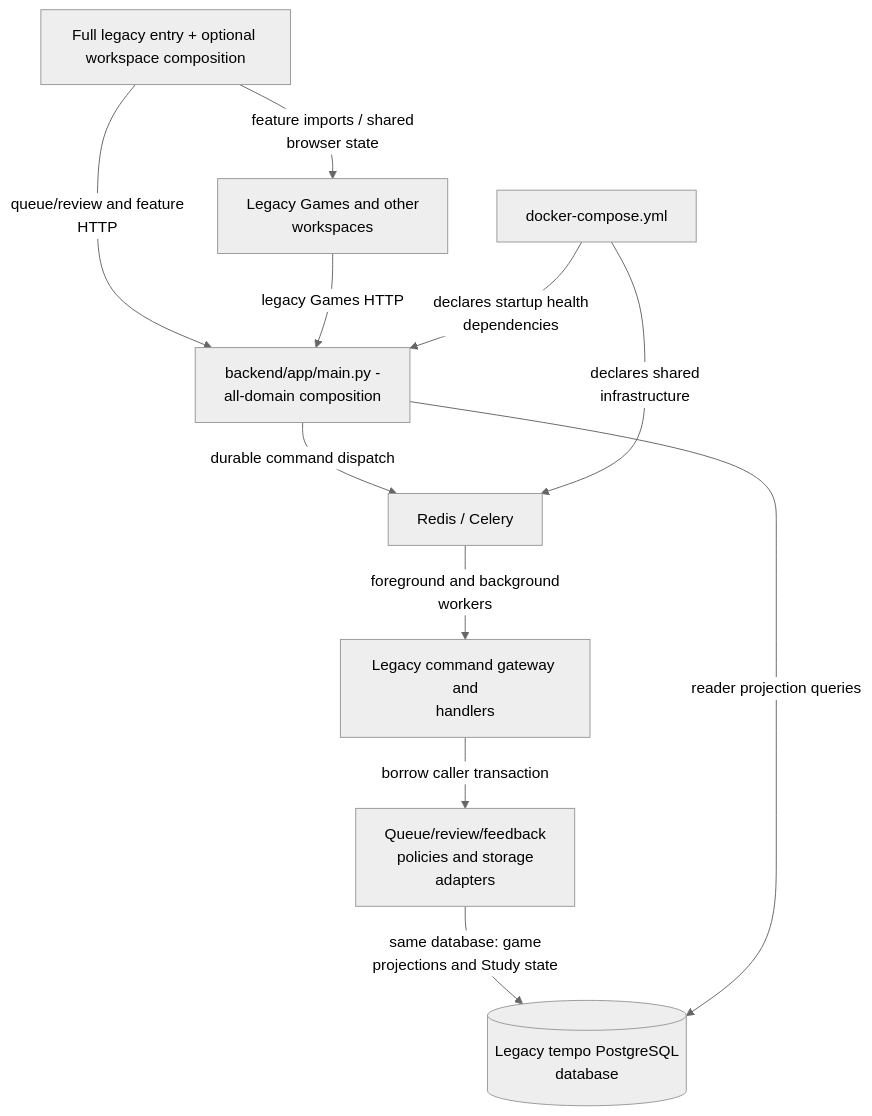
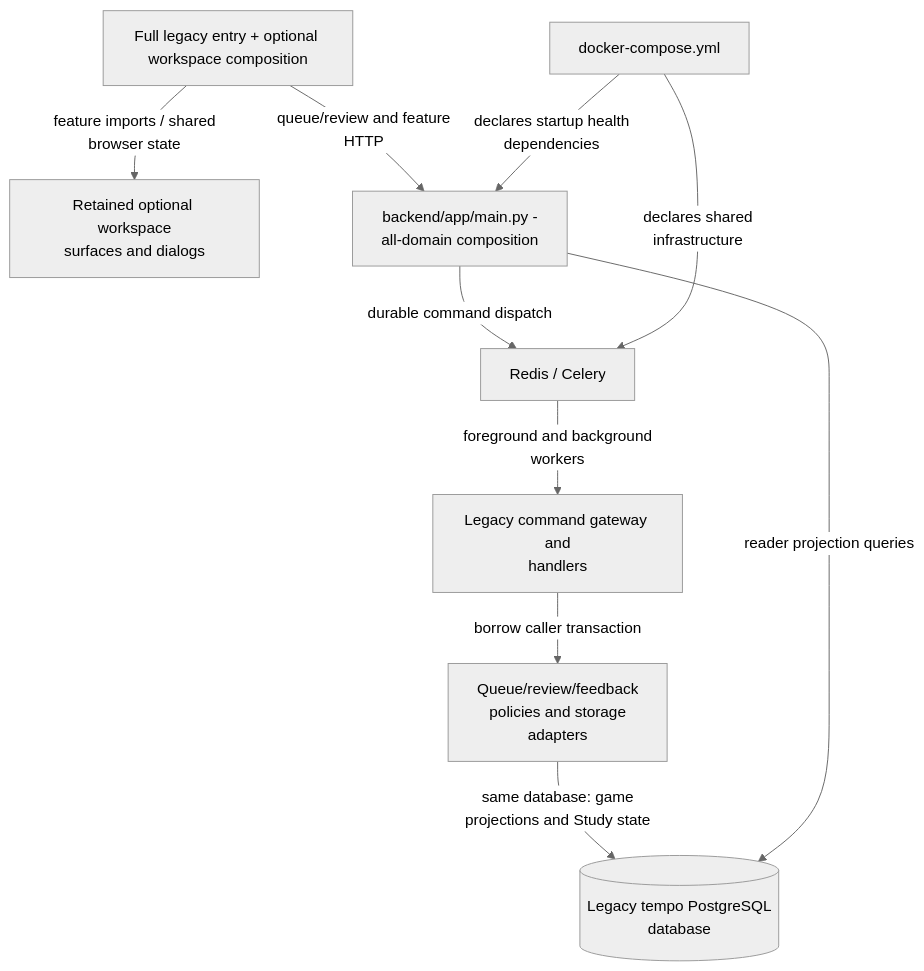
The diagram in backend/README.md (aaweaver-actuary/tempo), drawn with Mermaid (neutral theme) before and after one commit. The commit also changed other lines of this file and 79 other files, not shown here.

Commit message:
Retire optional Games and Builder UI

````diff
--- a/backend/README.md
+++ b/backend/README.md
@@ -22,13 +22,12 @@
 ```mermaid
 flowchart TB
-  Home["Full legacy entry + optional workspace composition"] -->|"feature imports / shared<br/>browser state"| Views["Legacy Games and other<br/>workspaces"]
+  Home["Full legacy entry + optional workspace composition"] -->|"feature imports / shared<br/>browser state"| Views["Retained optional workspace<br/>surfaces and dialogs"]
   Home -->|"queue/review and feature<br/>HTTP"| API["backend/app/main.py -<br/>all-domain composition"]
-  Views -->|"legacy Games HTTP"| API
   API -->|"durable command dispatch"| Broker["Redis / Celery"]
   Broker -->|"foreground and background<br/>workers"| Commands["Legacy command gateway and<br/>handlers"]
   Commands -->|"borrow caller transaction"| Policy["Queue/review/feedback<br/>policies and storage<br/>adapters"]
   Policy -->|"same database: game<br/>projections and Study state"| DB[("Legacy tempo PostgreSQL<br/>database")]
   API -->|"reader projection queries"| DB
   Compose["docker-compose.yml"] -->|"declares startup health<br/>dependencies"| API
   Compose -->|"declares shared<br/>infrastructure"| Broker
 ```
````
